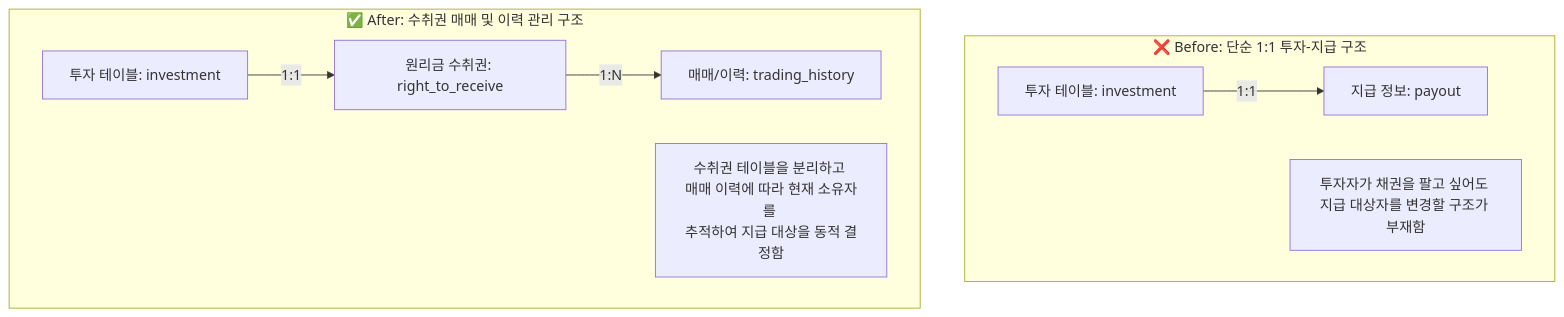
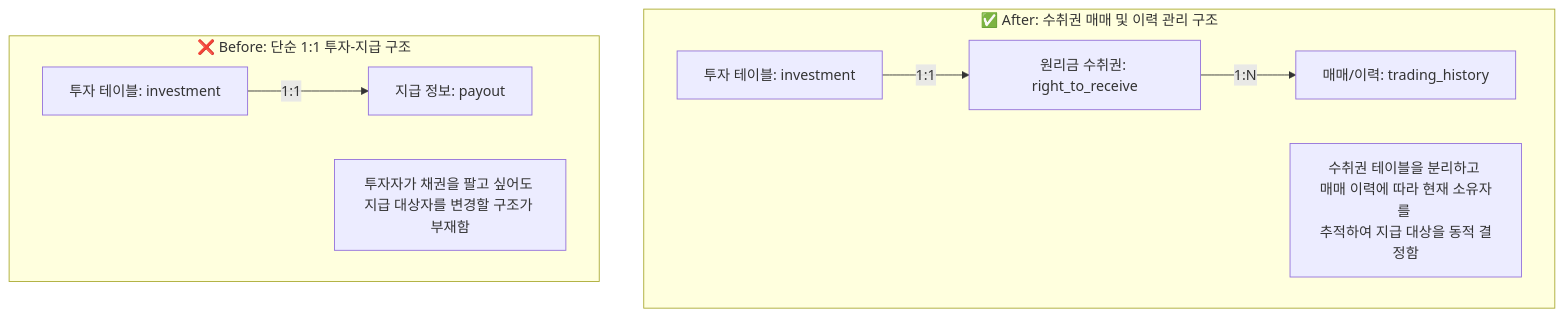
Before and after one commit to muzzaiwork/candidate: the diagram in troubleshooting/8percent_right_trading_system.md, drawn with Mermaid. The commit also changed 2 other files, not shown here.

Commit message:
docs: PG 웹훅 중복 호출 방지(분산 락) 사례 추가 및 이력서 업데이트

````diff
--- a/troubleshooting/8percent_right_trading_system.md
+++ b/troubleshooting/8percent_right_trading_system.md
@@ -24,19 +24,19 @@
 ```mermaid
 graph TD
+    subgraph "✅ After: 수취권 매매 및 이력 관리 구조"
+        A1[투자 테이블: investment]
+        A2[원리금 수취권: right_to_receive]
+        A3[매매/이력: trading_history]
+
+        A1 -- "1:1" --> A2
+        A2 -- "1:N" --> A3
+
+        note2[수취권 테이블을 분리하고 <br/>매매 이력에 따라 현재 소유자를 <br/>추적하여 지급 대상을 동적 결정함]
+    end
+    
     subgraph "❌ Before: 단순 1:1 투자-지급 구조"
         B1[투자 테이블: investment]
         B1 -- "1:1" --> B2[지급 정보: payout]
         note1[투자자가 채권을 팔고 싶어도 <br/>지급 대상자를 변경할 구조가 부재함]
     end
-
-    subgraph "✅ After: 수취권 매매 및 이력 관리 구조"
-        A1[투자 테이블: investment]
-        A2[원리금 수취권: right_to_receive]
-        A3[매매/이력: trading_history]
-        
-        A1 -- "1:1" --> A2
-        A2 -- "1:N" --> A3
-        
-        note2[수취권 테이블을 분리하고 <br/>매매 이력에 따라 현재 소유자를 <br/>추적하여 지급 대상을 동적 결정함]
-    end
 ```
````
